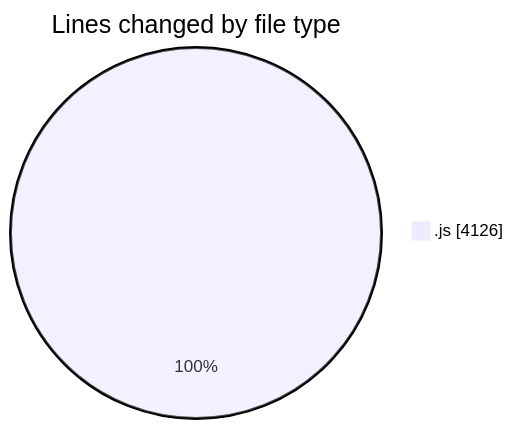
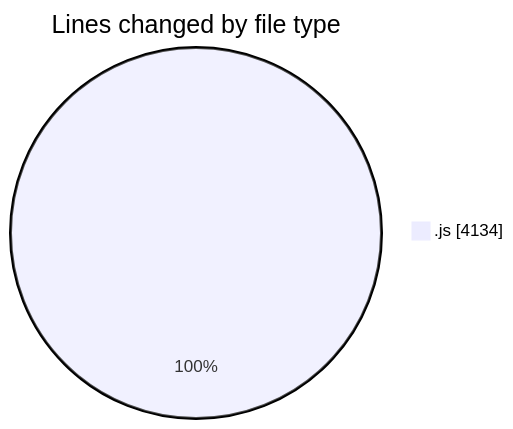
Before and after one commit to Ritupan-Deka/code-tracking: the first of 2 diagrams in 2025-07-29/javascript/README.md, drawn with Mermaid. The commit also changed other lines of this file and 1 other file, not shown here.

````diff
--- a/2025-07-29/javascript/README.md
+++ b/2025-07-29/javascript/README.md
@@ -21,5 +21,5 @@
 ```mermaid
 pie showData
 title Lines changed by file type
-".js" : 4126
+".js" : 4134
 ```
````
